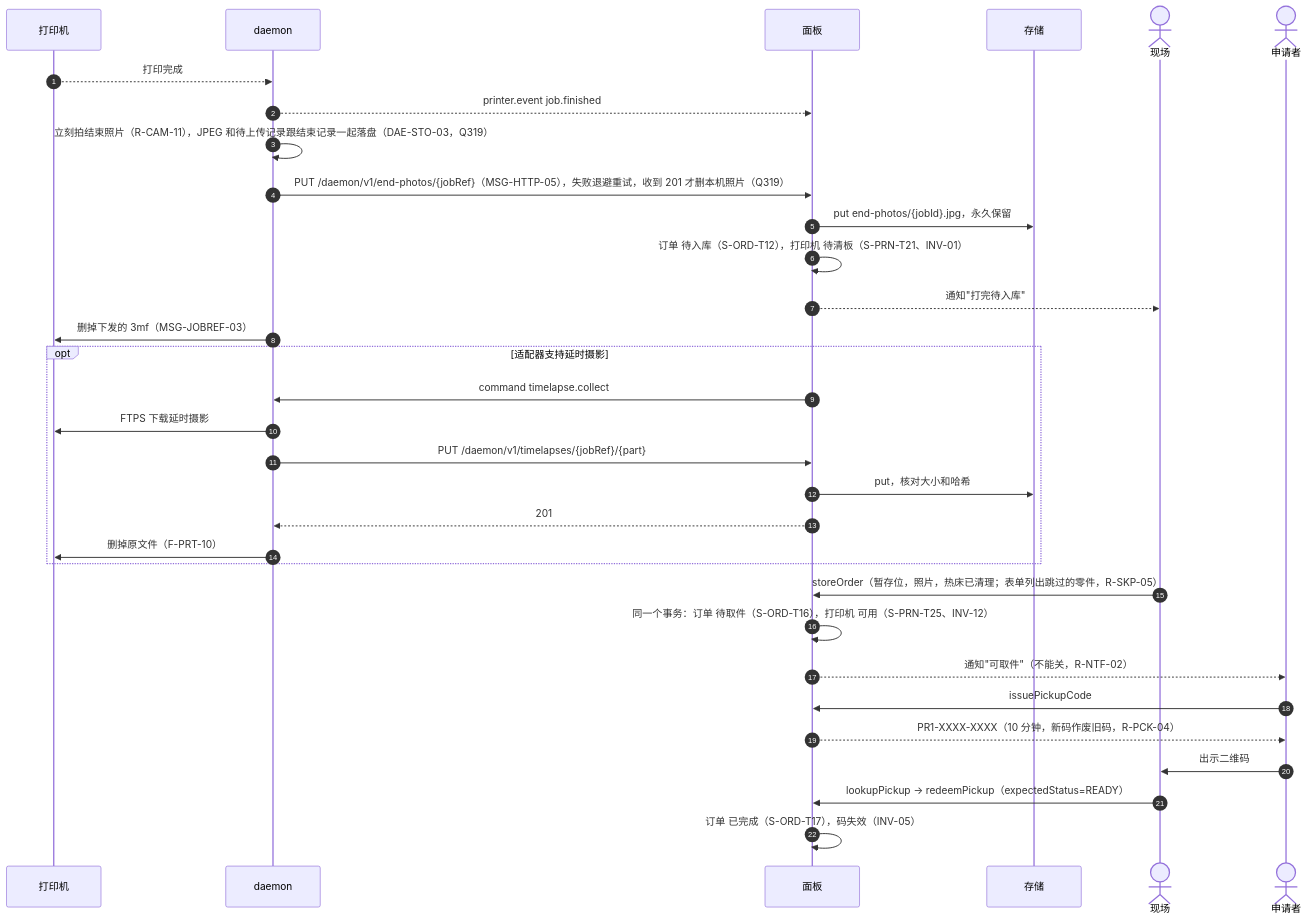
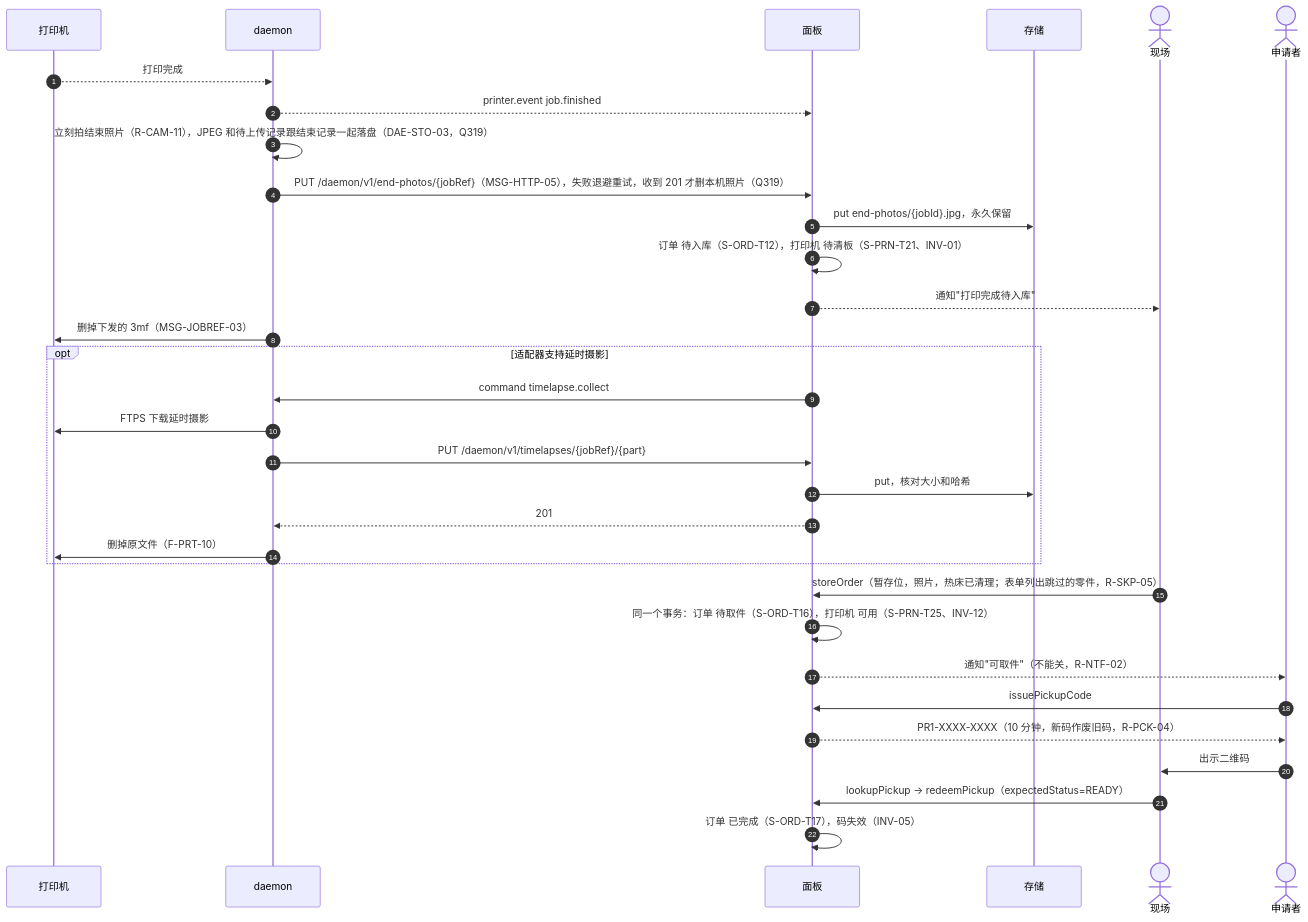
Before and after one commit to PlateRelay/PlateRelay: the seventh of 11 diagrams in docs/design/03-sequences.md, drawn with Mermaid. The commit also changed other lines of this file and 10 other files, not shown here.

````diff
--- a/docs/design/03-sequences.md
+++ b/docs/design/03-sequences.md
@@ -289,34 +289,34 @@
 ```mermaid
 sequenceDiagram
   autonumber
   participant R as 打印机
   participant D as daemon
   participant P as 面板
   participant O as 存储
   actor S as 现场
   actor A as 申请者
   R-->>D: 打印完成
   D-->>P: printer.event job.finished
   D->>D: 立刻拍结束照片（R-CAM-11），JPEG 和待上传记录跟结束记录一起落盘（DAE-STO-03，Q319）
   D->>P: PUT /daemon/v1/end-photos/{jobRef}（MSG-HTTP-05），失败退避重试，收到 201 才删本机照片（Q319）
   P->>O: put end-photos/{jobId}.jpg，永久保留
   P->>P: 订单 待入库（S-ORD-T12），打印机 待清板（S-PRN-T21、INV-01）
-  P-->>S: 通知"打完待入库"
+  P-->>S: 通知"打印完成待入库"
   D->>R: 删掉下发的 3mf（MSG-JOBREF-03）
   opt 适配器支持延时摄影
     P->>D: command timelapse.collect
     D->>R: FTPS 下载延时摄影
     D->>P: PUT /daemon/v1/timelapses/{jobRef}/{part}
     P->>O: put，核对大小和哈希
     P-->>D: 201
     D->>R: 删掉原文件（F-PRT-10）
   end
   S->>P: storeOrder（暂存位，照片，热床已清理；表单列出跳过的零件，R-SKP-05）
   P->>P: 同一个事务：订单 待取件（S-ORD-T16），打印机 可用（S-PRN-T25、INV-12）
   P-->>A: 通知"可取件"（不能关，R-NTF-02）
   A->>P: issuePickupCode
   P-->>A: PR1-XXXX-XXXX（10 分钟，新码作废旧码，R-PCK-04）
   A->>S: 出示二维码
   S->>P: lookupPickup → redeemPickup（expectedStatus=READY）
   P->>P: 订单 已完成（S-ORD-T17），码失效（INV-05）
 ```
````
